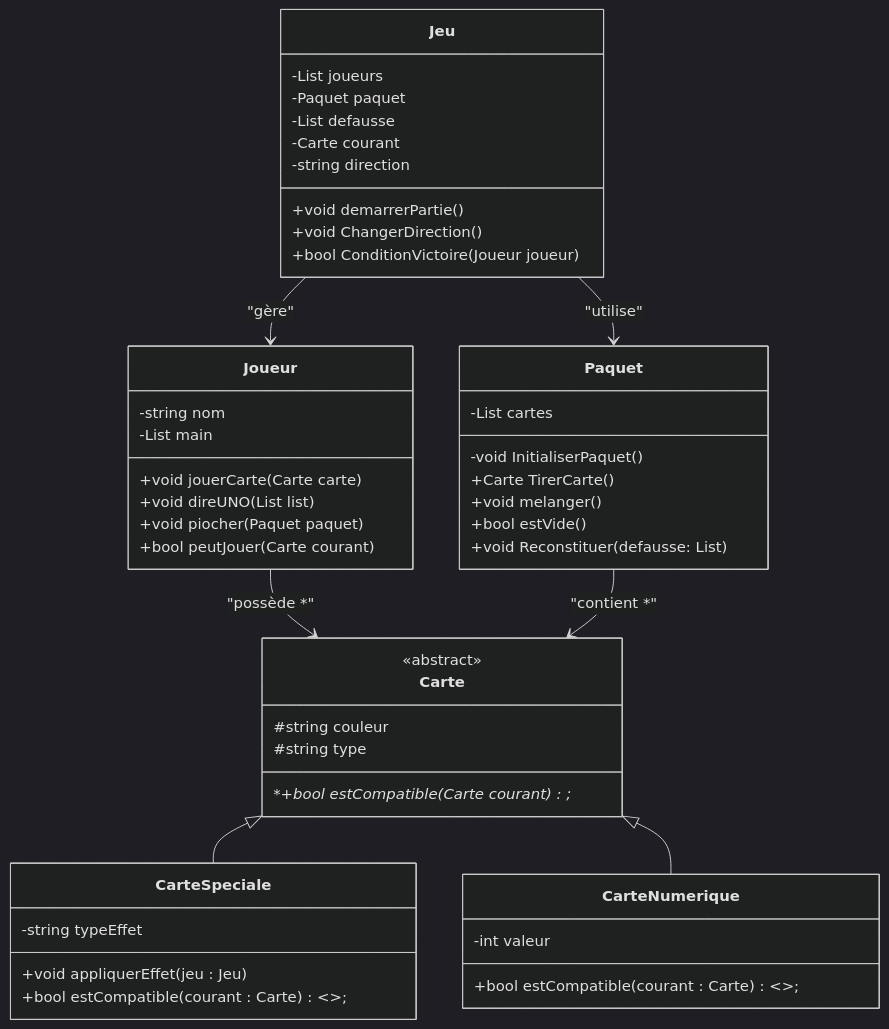
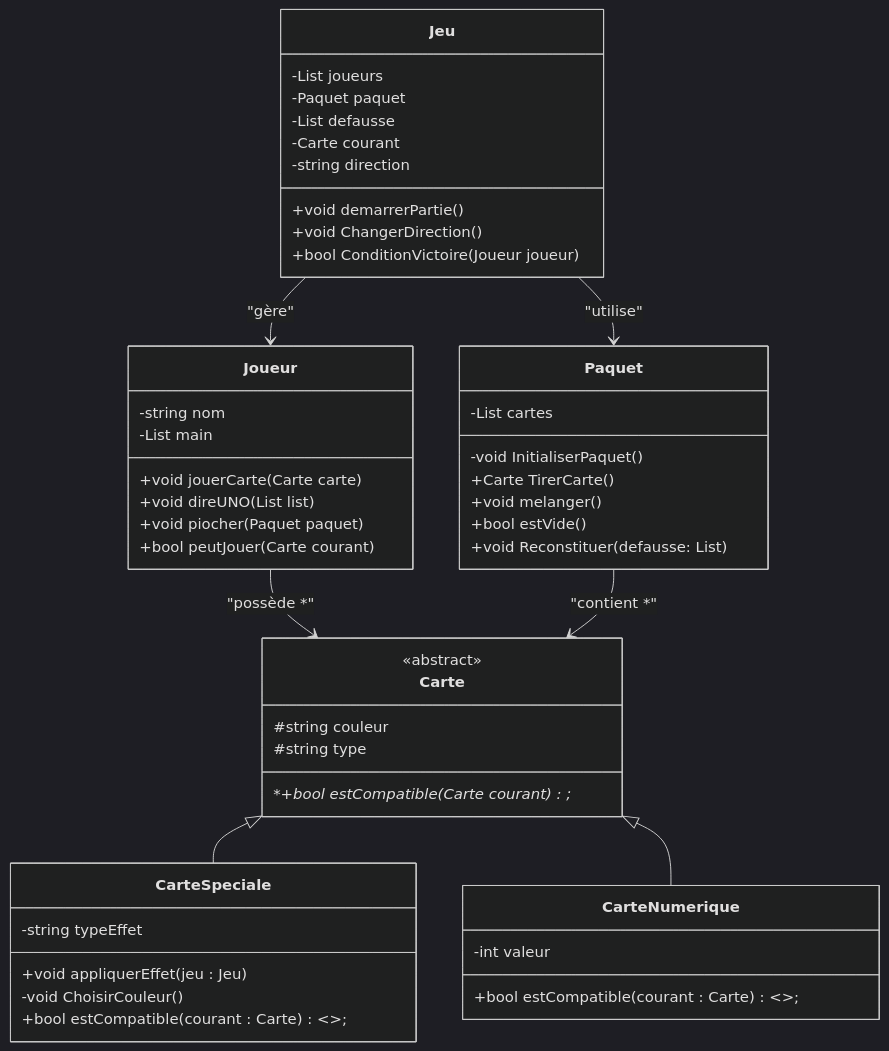
Before and after one commit to Lil-Code30/uno-game: the diagram in README.md, drawn with Mermaid (dark theme).

Commit message:
Add ChoisirCouleur method to class diagram
Updated the README class diagram to include the private ChoisirCouleur method in the relevant class for better documentation of class structure.

````diff
--- a/README.md
+++ b/README.md
@@ -26,62 +26,63 @@
 ```mermaid
 classDiagram
     class Jeu {
         -List<Joueur> joueurs
         -Paquet paquet
         -List<Carte> defausse
         -Carte courant
         -string direction
 
         +void demarrerPartie() 
         +void ChangerDirection()
         +bool ConditionVictoire(Joueur joueur )
     }
 
     class Joueur {
         -string nom 
         -List<Carte> main 
 
         +void jouerCarte(Carte carte) 
         +void direUNO(List<Carte> list)
         +void piocher(Paquet paquet) 
         +bool peutJouer(Carte courant) 
     }
 
     class Paquet {
         -List<Carte> cartes
 
         -void InitialiserPaquet()
         +Carte TirerCarte()
         +void melanger()
         +bool estVide()
         +void Reconstituer(defausse: List<Carte>)
     }
 
     class Carte {
         <<abstract>>
         #string couleur 
         #string type 
 
         *+bool estCompatible(Carte courant )*;
     }
 
     class CarteSpeciale {
         -string typeEffet
 
         +void appliquerEffet(jeu : Jeu)
+        -void ChoisirCouleur()
         +bool estCompatible(courant : Carte) <<override>>;
     }
 
     class CarteNumerique {
         -int valeur
 
         +bool estCompatible(courant : Carte) <<override>>;
     }
 
     Jeu --> Joueur : "gère"
     Jeu --> Paquet : "utilise"
     Joueur --> Carte : "possède *"
     Paquet --> Carte : "contient *"
     Carte <|-- CarteSpeciale
     Carte <|-- CarteNumerique
 ```
````
